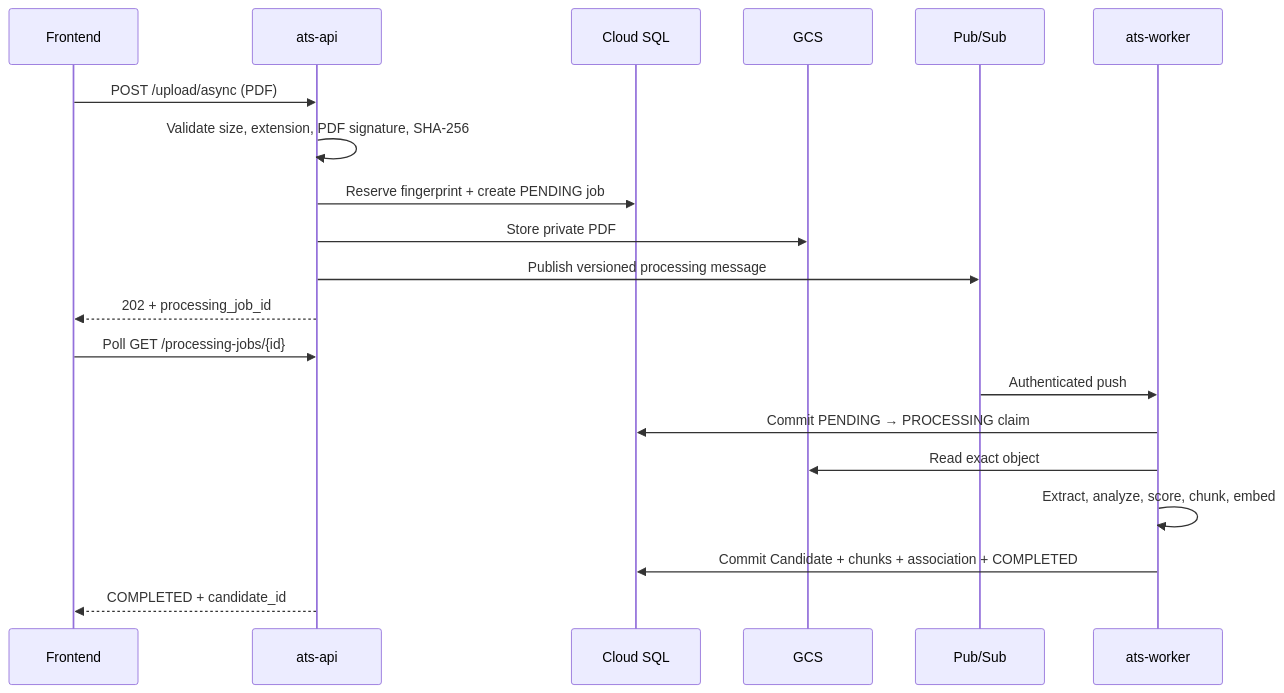
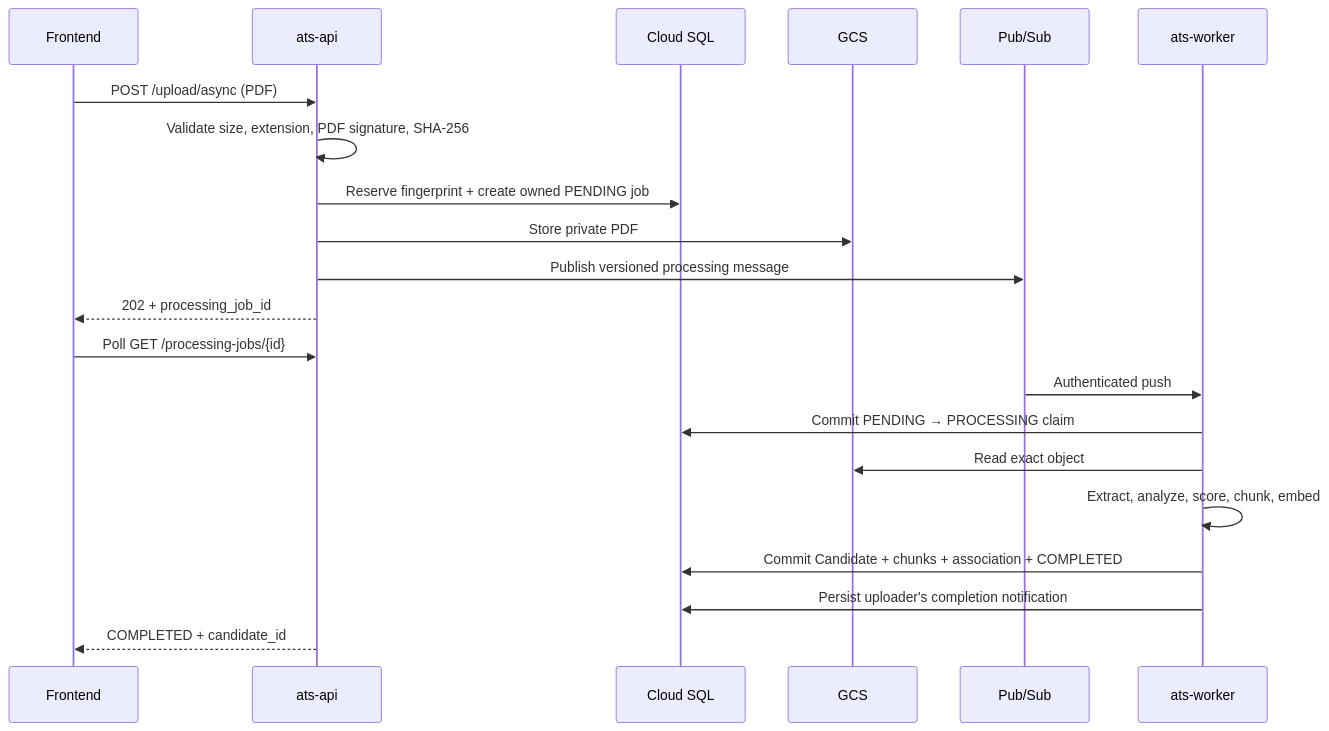
Before and after one commit to baramee-chaisuwan/AI-Document-Intelligence: the second of 2 diagrams in README.md, drawn with Mermaid. The commit also changed other lines of this file, not shown here.

````diff
--- a/README.md
+++ b/README.md
@@ -203,23 +208,24 @@
 ```mermaid
 sequenceDiagram
     participant F as Frontend
     participant A as ats-api
     participant D as Cloud SQL
     participant G as GCS
     participant P as Pub/Sub
     participant W as ats-worker
 
     F->>A: POST /upload/async (PDF)
     A->>A: Validate size, extension, PDF signature, SHA-256
-    A->>D: Reserve fingerprint + create PENDING job
+    A->>D: Reserve fingerprint + create owned PENDING job
     A->>G: Store private PDF
     A->>P: Publish versioned processing message
     A-->>F: 202 + processing_job_id
     F->>A: Poll GET /processing-jobs/{id}
     P->>W: Authenticated push
     W->>D: Commit PENDING → PROCESSING claim
     W->>G: Read exact object
     W->>W: Extract, analyze, score, chunk, embed
     W->>D: Commit Candidate + chunks + association + COMPLETED
+    W->>D: Persist uploader's completion notification
     A-->>F: COMPLETED + candidate_id
 ```
````
